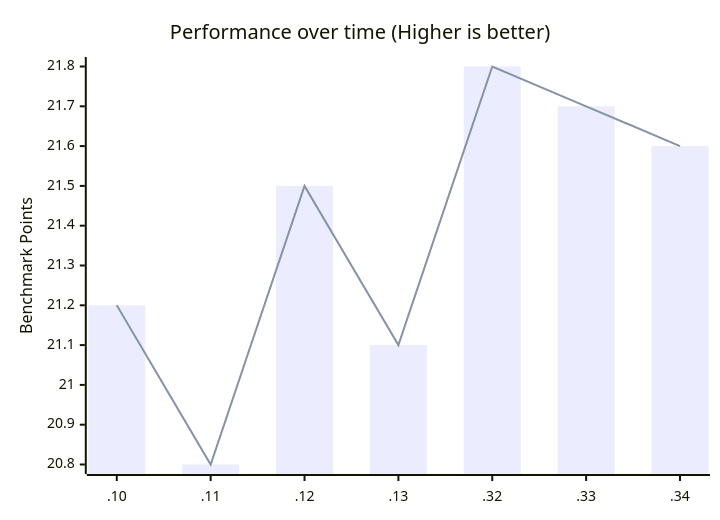
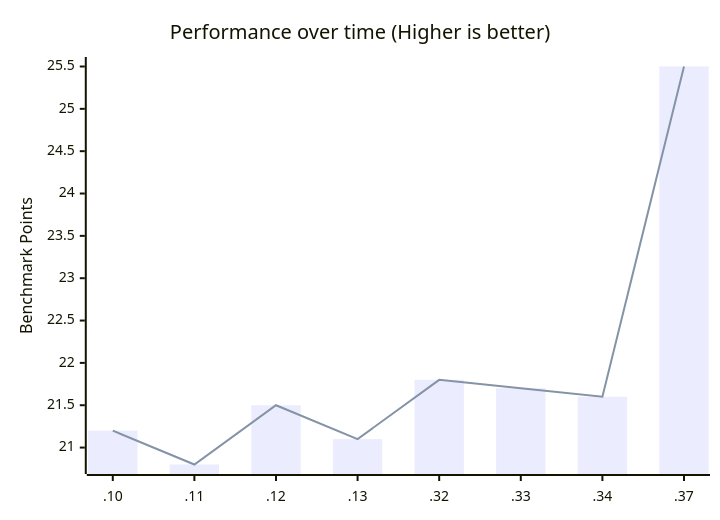
One commit to zen-browser/docs changed the first of 4 diagrams in content/benchmarks.md. Above: the diagram before and after it, drawn with Mermaid. The commit also changed other lines of this file, not shown here.

````diff
--- a/content/benchmarks.md
+++ b/content/benchmarks.md
@@ -33,8 +34,8 @@
 ```mermaid
 xychart-beta
     title "Performance over time (Higher is better)"
-    x-axis [.10, .11, .12, .13, .32, .33, .34]
+    x-axis [.10, .11, .12, .13, .32, .33, .34, .37]
     y-axis "Benchmark Points"
-    bar [21.2,20.8,21.5,21.1,21.8,21.7,21.6]
-    line [21.2,20.8,21.5,21.1,21.8,21.7,21.6]
+    bar [21.2,20.8,21.5,21.1,21.8,21.7,21.6,25.5]
+    line [21.2,20.8,21.5,21.1,21.8,21.7,21.6,25.5]
 ```
````
